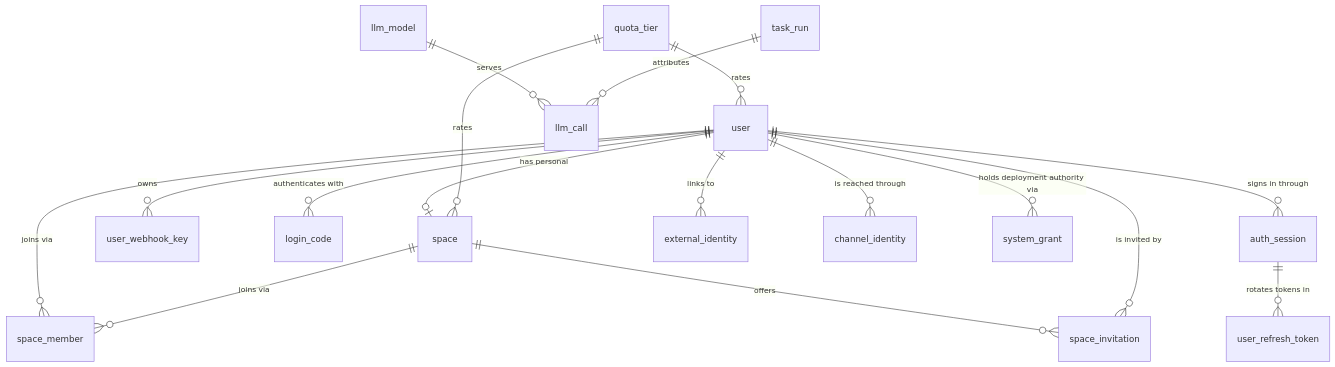
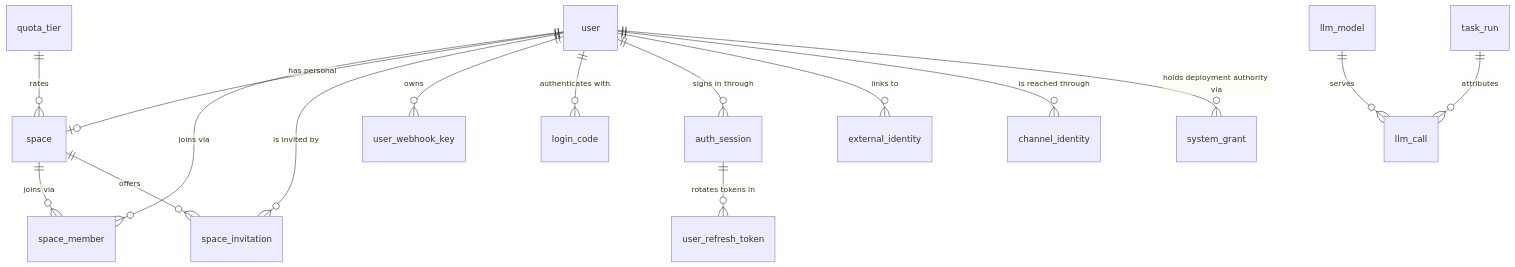
The second of 2 diagrams in docs/contribute/architecture/data-model.md (icloudbb/buildmax), drawn with Mermaid before and after one commit. The commit also changed other lines of this file and 55 other files, not shown here.

First line of the commit message:
Let System Administrators assign a Space's quota tier

````diff
--- a/docs/contribute/architecture/data-model.md
+++ b/docs/contribute/architecture/data-model.md
@@ -144,19 +144,18 @@
 ```mermaid
 erDiagram
     user ||--o{ space_member : "joins via"
     space ||--o{ space_member : "joins via"
     user ||--o| space : "has personal"
     space ||--o{ space_invitation : offers
     user ||--o{ space_invitation : "is invited by"
-    quota_tier ||--o{ user : rates
     quota_tier ||--o{ space : rates
     user ||--o{ user_webhook_key : owns
     user ||--o{ login_code : "authenticates with"
     user ||--o{ auth_session : "signs in through"
     user ||--o{ external_identity : "links to"
     user ||--o{ channel_identity : "is reached through"
     auth_session ||--o{ user_refresh_token : "rotates tokens in"
     user ||--o{ system_grant : "holds deployment authority via"
     llm_model ||--o{ llm_call : serves
     task_run ||--o{ llm_call : attributes
 ```
````
